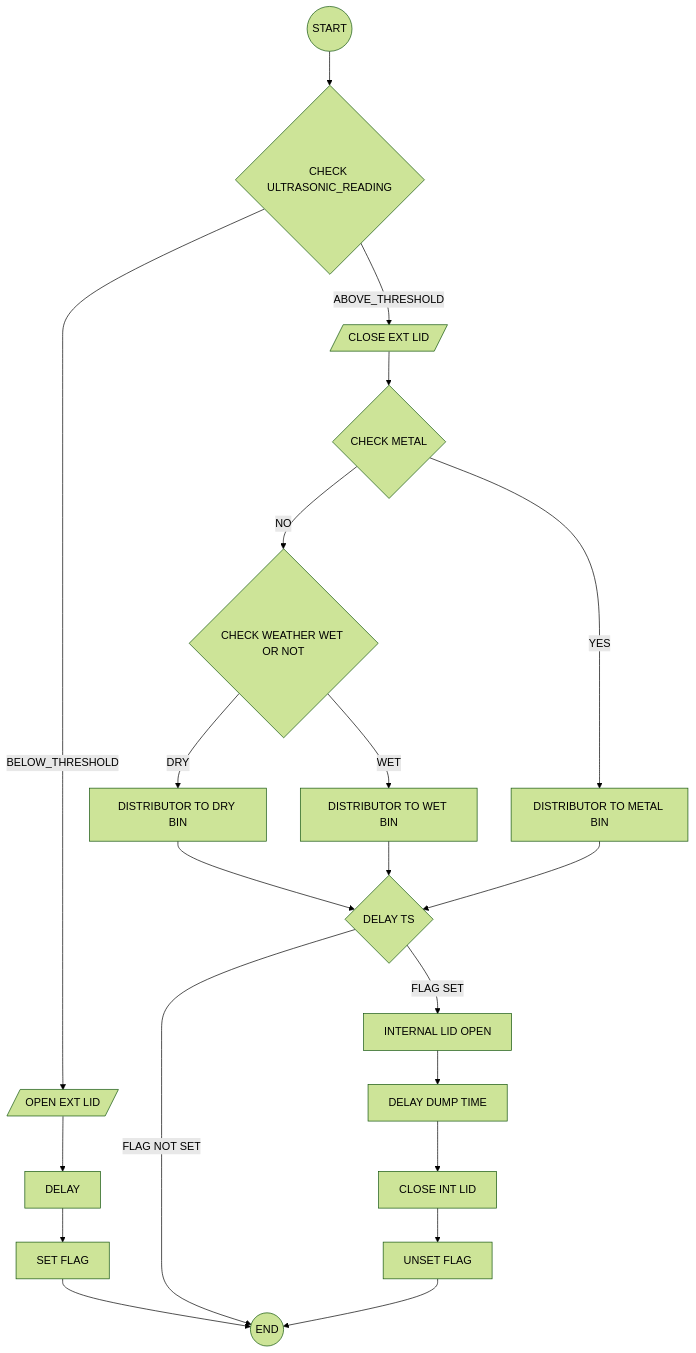
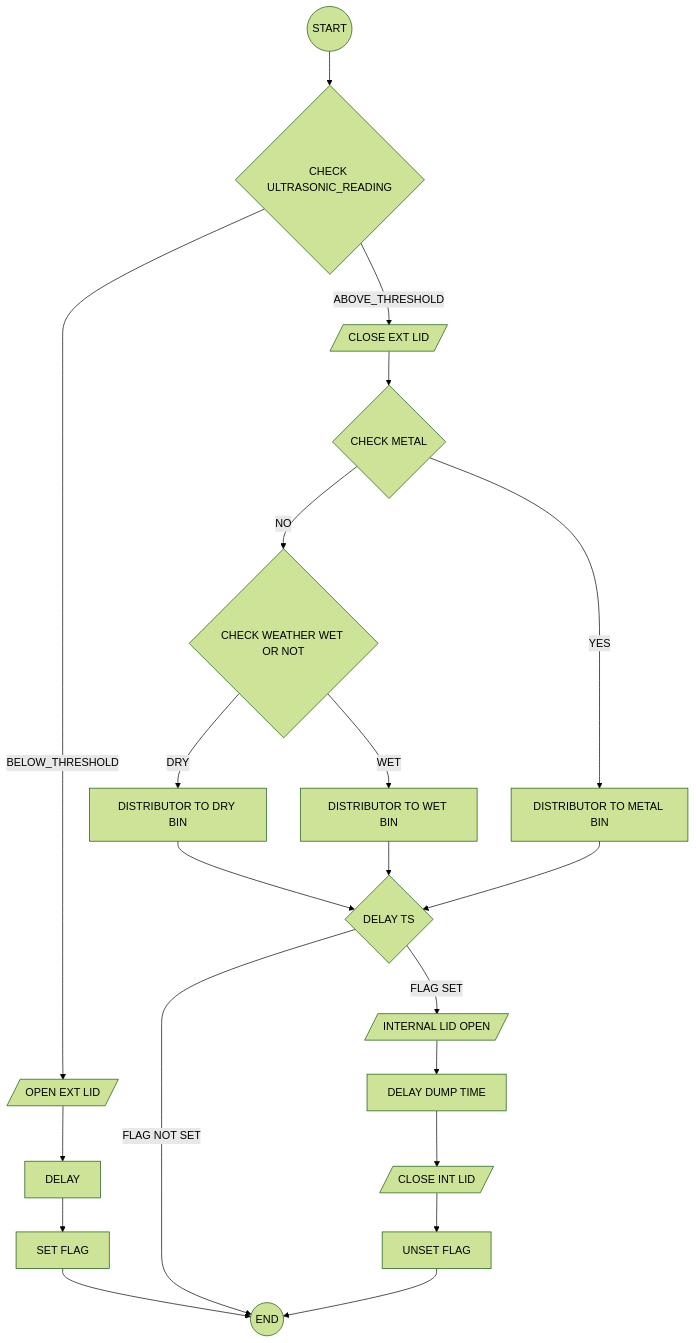
One commit to Arun-jyothish/Waste_categorize changed the diagram in README.md. Above: the diagram before and after it, drawn with Mermaid (forest theme). The commit also changed 1 other file, not shown here.

Commit message:
delay change | led add

```diff
--- a/README.md
+++ b/README.md
@@ -3,24 +3,24 @@
 ~~~mermaid
 graph TD 
 A((START)) --> B{CHECK ULTRASONIC_READING}
 E-->D1[DELAY]
 B--BELOW_THRESHOLD-->E[/OPEN EXT LID/]
 D1-->FL[SET FLAG]
 FL-->STOP((END))
 B --ABOVE_THRESHOLD-->D[/CLOSE EXT LID/]
 D-->CH{CHECK METAL}
 CH--YES-->Z1[DISTRIBUTOR TO METAL BIN]
 CH--NO-->Z2{CHECK WEATHER WET OR NOT}
 Z2--WET-->Z3[DISTRIBUTOR TO WET BIN]
 Z2--DRY-->Z4[DISTRIBUTOR TO DRY BIN]
 Z4-->DL{DELAY TS}
 Z3-->DL
 Z1-->DL
 DL--FLAG NOT SET-->STOP
-DL--FLAG SET-->INT[INTERNAL LID OPEN]
+DL--FLAG SET-->INT[/INTERNAL LID OPEN/]
 INT-->DL2[DELAY DUMP TIME]
-DL2-->CL2[CLOSE INT LID]
+DL2-->CL2[/CLOSE INT LID/]
 CL2-->FL2[UNSET FLAG]
 FL2-->STOP
 
 ~~~
```
